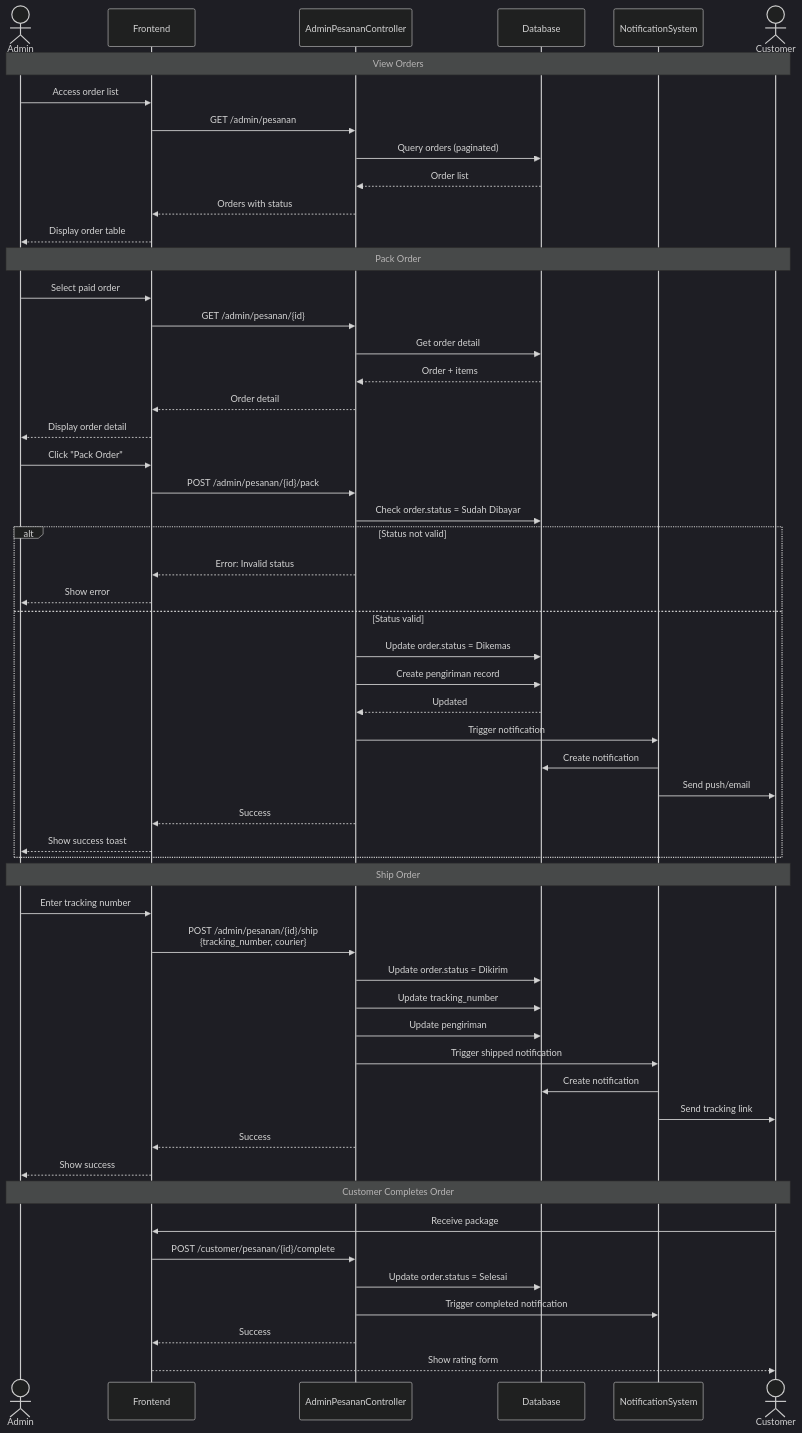
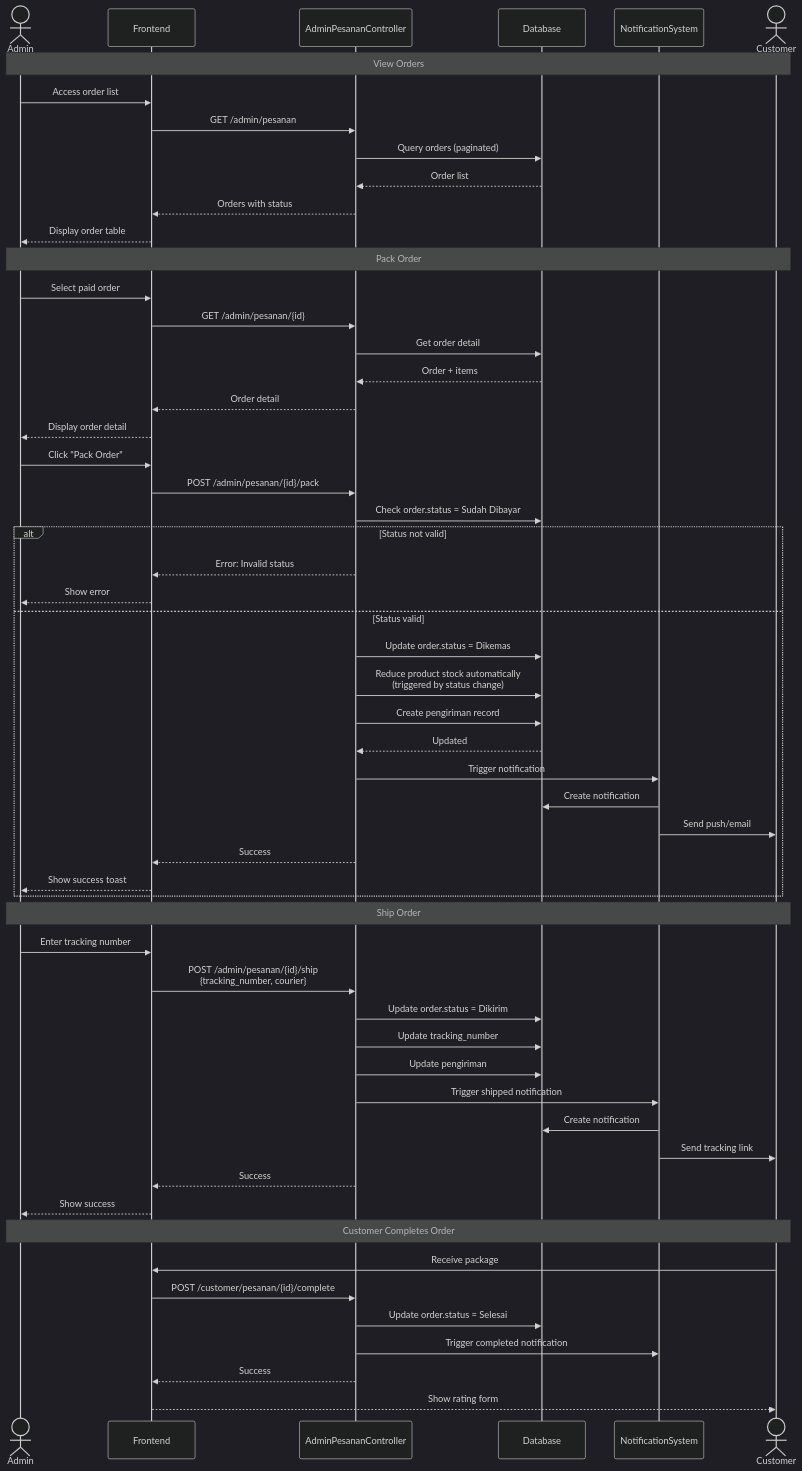
One commit to Ali14715/Athleon changed the fourth of 10 diagrams in docs/SEQUENCE_DIAGRAM.md. Above: the diagram before and after it, drawn with Mermaid (dark theme). The commit also changed other lines of this file and 5 other files, not shown here.

````diff
--- a/docs/SEQUENCE_DIAGRAM.md
+++ b/docs/SEQUENCE_DIAGRAM.md
@@ -190,62 +204,63 @@
 ```mermaid
 sequenceDiagram
     actor Admin
     participant Frontend
     participant AdminPesananController
     participant Database
     participant NotificationSystem
     actor Customer
     
     Note over Admin,Customer: View Orders
     Admin->>Frontend: Access order list
     Frontend->>AdminPesananController: GET /admin/pesanan
     AdminPesananController->>Database: Query orders (paginated)
     Database-->>AdminPesananController: Order list
     AdminPesananController-->>Frontend: Orders with status
     Frontend-->>Admin: Display order table
     
     Note over Admin,Customer: Pack Order
     Admin->>Frontend: Select paid order
     Frontend->>AdminPesananController: GET /admin/pesanan/{id}
     AdminPesananController->>Database: Get order detail
     Database-->>AdminPesananController: Order + items
     AdminPesananController-->>Frontend: Order detail
     Frontend-->>Admin: Display order detail
     
     Admin->>Frontend: Click "Pack Order"
     Frontend->>AdminPesananController: POST /admin/pesanan/{id}/pack
     AdminPesananController->>Database: Check order.status = Sudah Dibayar
     alt Status not valid
         AdminPesananController-->>Frontend: Error: Invalid status
         Frontend-->>Admin: Show error
     else Status valid
         AdminPesananController->>Database: Update order.status = Dikemas
+        AdminPesananController->>Database: Reduce product stock automatically<br/>(triggered by status change)
         AdminPesananController->>Database: Create pengiriman record
         Database-->>AdminPesananController: Updated
         AdminPesananController->>NotificationSystem: Trigger notification
         NotificationSystem->>Database: Create notification
         NotificationSystem->>Customer: Send push/email
         AdminPesananController-->>Frontend: Success
         Frontend-->>Admin: Show success toast
     end
     
     Note over Admin,Customer: Ship Order
     Admin->>Frontend: Enter tracking number
     Frontend->>AdminPesananController: POST /admin/pesanan/{id}/ship<br/>{tracking_number, courier}
     AdminPesananController->>Database: Update order.status = Dikirim
     AdminPesananController->>Database: Update tracking_number
     AdminPesananController->>Database: Update pengiriman
     AdminPesananController->>NotificationSystem: Trigger shipped notification
     NotificationSystem->>Database: Create notification
     NotificationSystem->>Customer: Send tracking link
     AdminPesananController-->>Frontend: Success
     Frontend-->>Admin: Show success
     
     Note over Admin,Customer: Customer Completes Order
     Customer->>Frontend: Receive package
     Frontend->>AdminPesananController: POST /customer/pesanan/{id}/complete
     AdminPesananController->>Database: Update order.status = Selesai
     AdminPesananController->>NotificationSystem: Trigger completed notification
     AdminPesananController-->>Frontend: Success
     Frontend-->>Customer: Show rating form
 ```
````
